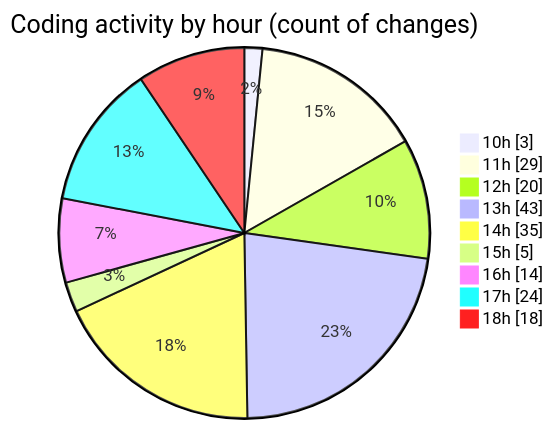
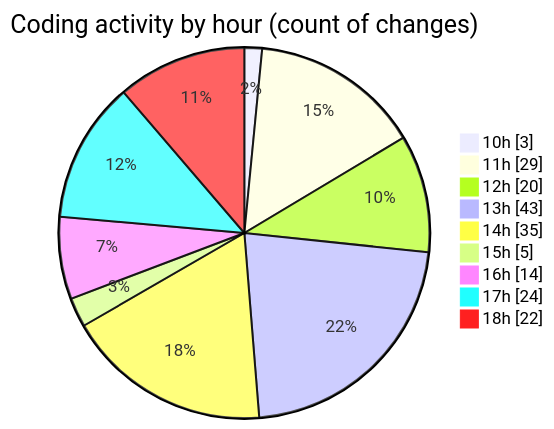
One commit to EIIisD/code-tracking changed the second of 2 diagrams in 2025-08-14/ribbon/README.md. Above: the diagram before and after it, drawn with Mermaid. The commit also changed other lines of this file and 1 other file, not shown here.

````diff
--- a/2025-08-14/ribbon/README.md
+++ b/2025-08-14/ribbon/README.md
@@ -44,13 +44,13 @@
 ```mermaid
 pie showData
 title Coding activity by hour (count of changes)
 "10h" : 3
 "11h" : 29
 "12h" : 20
 "13h" : 43
 "14h" : 35
 "15h" : 5
 "16h" : 14
 "17h" : 24
-"18h" : 18
+"18h" : 22
 ```
````
